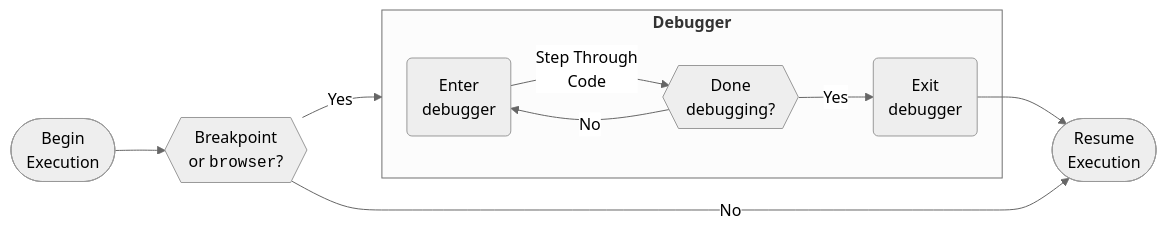
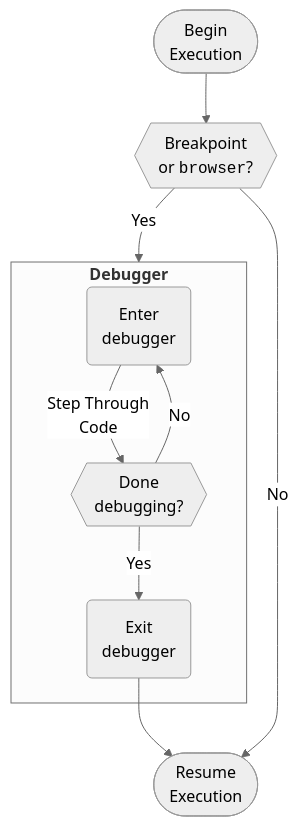
Before and after one commit to mjfrigaard/shiny-app-pkgs: the first of 3 diagrams in debugger.qmd, drawn with Mermaid. The commit also changed other lines of this file and 66 other files, not shown here.

````diff
--- a/debugger.qmd
+++ b/debugger.qmd
@@ -128,32 +128,22 @@
 ```{mermaid}
 %%| fig-cap: 'Interactive debugger with `browser()` or breakpoint'
 %%| fig-align: center
 %%{init: {'theme': 'neutral', 'themeVariables': { 'fontFamily': 'monospace', "fontSize":"16px"}}}%%
-flowchart LR
+flowchart TD
         Start(["Begin<br>Execution"])
         Browser{{"Breakpoint<br>or <code>browser</code>?"}}
         subgraph Debugger ["<strong>Debugger</strong>"]
             Step("Enter<br>debugger")
             Step --> |"Step Through<br>Code"|Debug{{"Done<br>debugging?"}}
 
             Debug -->|"No"| Step
             Debug -->|"Yes"| Exit("Exit<br>debugger")
     
         end
         Resume(["Resume<br>Execution"])
     
     Start --> Browser
     Browser -->|"Yes"| Debugger
     Exit --> Resume
     Browser -->|"No"| Resume
-    
-    %% style FunctionScope fill:#FFF,color:#000,stroke:#333,font-size:14px
-    %% style Start fill:#FFF,stroke:#333,stroke-width:1px,color:#000,font-size:14px
-    %% style Browser fill:#ffcccb,stroke:#e60000,stroke-width:3px,color:#000,font-size:14px
-    %% style Debugger fill:#F8F8FA,stroke:#4CB7DB,stroke-width:3px,rx:10,ry:10,font-size:14px
-    %% style Step1 fill:#4CB7DB,color:#000,stroke:none,rx:15,ry:15,font-size:14px
-    %% style Step2 fill:#4CB7DB,color:#000,stroke:none,rx:15,ry:15,font-size:14px
-    %% style Debug fill:#ffcccb,stroke:#e60000,stroke-width:3px,color:#000,font-size:14px
-    %% style Exit fill:#4CB7DB,color:#000,stroke:none,rx:15,ry:15,font-size:14px
-    %% style Resume fill:#FFF,stroke:#333,stroke-width:1px,color:#000,font-size:14px
 ```
````
